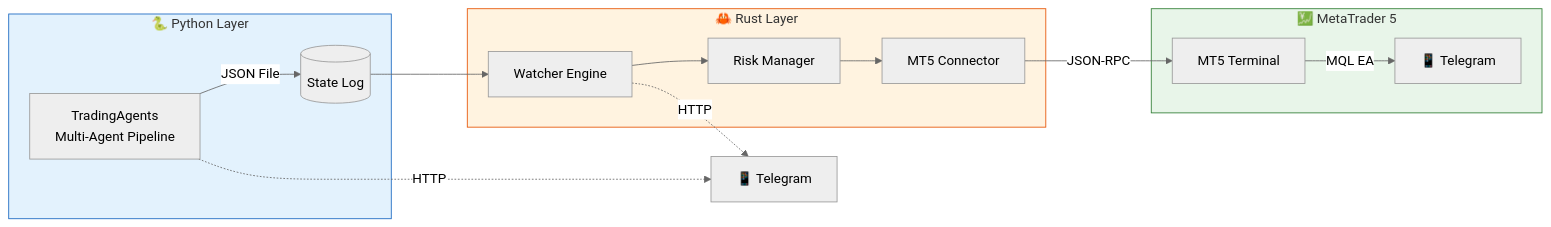
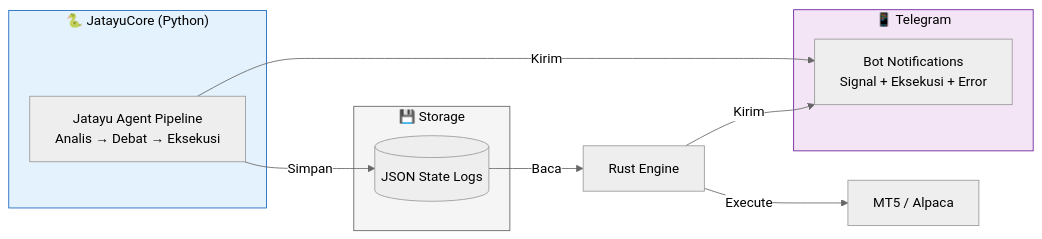
The second of 2 diagrams in docs/index.md (komelImoet/JatayuCore), drawn with Mermaid (neutral theme) before and after one commit. The commit also changed other lines of this file and 18 other files, not shown here.

First line of the commit message:
rename: TradingAgents → JatayuCore (docs, CLI, Telegram, Docker)

````diff
--- a/docs/index.md
+++ b/docs/index.md
@@ -9,24 +19,24 @@
 ```mermaid
 flowchart LR
-    subgraph Python["🐍 Python Layer"]
-        TA[TradingAgents<br/>Multi-Agent Pipeline] -->|JSON File| JS[(State Log)]
+    subgraph Python["🐍 JatayuCore (Python)"]
+        TA[Jatayu Agent Pipeline<br/>Analis → Debat → Eksekusi]
     end
     
-    subgraph Rust["🦀 Rust Layer"]
-        JS --> WE[Watcher Engine]
-        WE --> RM[Risk Manager]
-        RM --> OC[MT5 Connector]
+    subgraph Storage["💾 Storage"]
+        JS[(JSON State Logs)]
     end
     
-    subgraph MT5["💹 MetaTrader 5"]
-        OC -->|JSON-RPC| MT[MT5 Terminal]
-        MT -->|MQL EA| TG1[📱 Telegram]
+    subgraph Telegram["📱 Telegram"]
+        TG[Bot Notifications<br/>Signal + Eksekusi + Error]
     end
     
-    TA -.->|HTTP| TG2[📱 Telegram]
-    WE -.->|HTTP| TG2
+    TA -->|Simpan| JS
+    TA -->|Kirim| TG
+    JS -->|Baca| RE[Rust Engine]
+    RE -->|Execute| MT[MT5 / Alpaca]
+    RE -->|Kirim| TG
     
-    style Python fill:#e3f2fd,stroke:#1565c0
-    style Rust fill:#fff3e0,stroke:#e65100
-    style MT5 fill:#e8f5e9,stroke:#2e7d32
+    style Python fill:#e3f2fd,stroke:#1565c0,color:#000
+    style Storage fill:#f5f5f5,stroke:#616161,color:#000
+    style Telegram fill:#f3e5f5,stroke:#6a1b9a,color:#000
 ```
````
